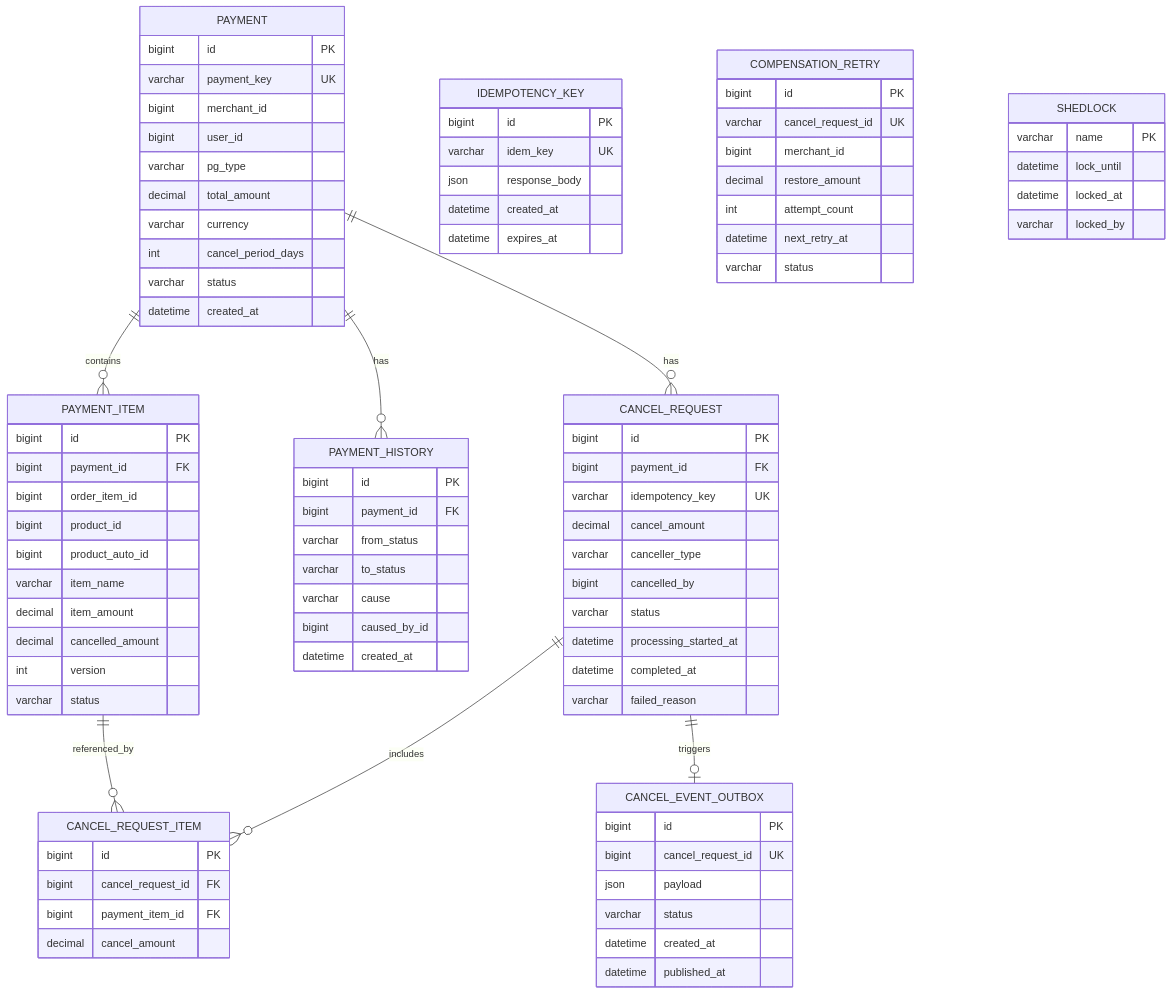
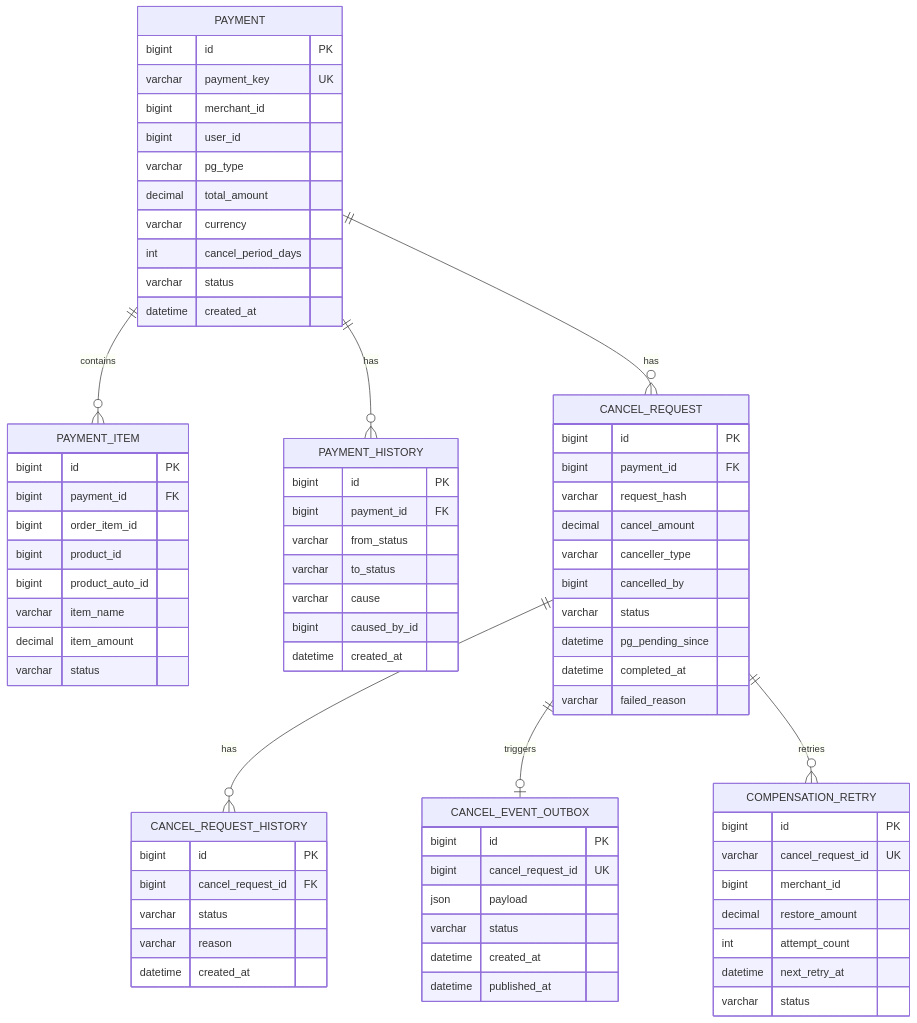
One commit to lsc713/docswithmulti changed the third of 7 diagrams in sysdesign/detail/data-design.md. Above: the diagram before and after it, drawn with Mermaid. The commit also changed other lines of this file and 2 other files, not shown here.

First line of the commit message:
docs: 결제 취소 플로우 및 데이터 설계 문서 수정

````diff
--- a/sysdesign/detail/data-design.md
+++ b/sysdesign/detail/data-design.md
@@ -120,9 +127,9 @@
   PAYMENT ||--o{ PAYMENT_ITEM : contains
   PAYMENT ||--o{ PAYMENT_HISTORY : has
   PAYMENT ||--o{ CANCEL_REQUEST : has
-  CANCEL_REQUEST ||--o{ CANCEL_REQUEST_ITEM : includes
+  CANCEL_REQUEST ||--o{ CANCEL_REQUEST_HISTORY : has
   CANCEL_REQUEST ||--o| CANCEL_EVENT_OUTBOX : triggers
-  PAYMENT_ITEM ||--o{ CANCEL_REQUEST_ITEM : referenced_by
+  CANCEL_REQUEST ||--o{ COMPENSATION_RETRY : retries
 
   PAYMENT {
     bigint id PK
@@ -144,8 +151,6 @@
     bigint product_auto_id
     varchar item_name
     decimal item_amount
-    decimal cancelled_amount
-    int version
     varchar status
   }
   PAYMENT_HISTORY {
@@ -160,20 +165,21 @@
   CANCEL_REQUEST {
     bigint id PK
     bigint payment_id FK
-    varchar idempotency_key UK
+    varchar request_hash
     decimal cancel_amount
     varchar canceller_type
     bigint cancelled_by
     varchar status
-    datetime processing_started_at
+    datetime pg_pending_since
     datetime completed_at
     varchar failed_reason
   }
-  CANCEL_REQUEST_ITEM {
+  CANCEL_REQUEST_HISTORY {
     bigint id PK
     bigint cancel_request_id FK
-    bigint payment_item_id FK
-    decimal cancel_amount
+    varchar status
+    varchar reason
+    datetime created_at
   }
   CANCEL_EVENT_OUTBOX {
     bigint id PK
@@ -182,13 +188,6 @@
     varchar status
     datetime created_at
     datetime published_at
-  }
-  IDEMPOTENCY_KEY {
-    bigint id PK
-    varchar idem_key UK
-    json response_body
-    datetime created_at
-    datetime expires_at
   }
   COMPENSATION_RETRY {
     bigint id PK
@@ -199,10 +198,4 @@
     datetime next_retry_at
     varchar status
   }
-  SHEDLOCK {
-    varchar name PK
-    datetime lock_until
-    datetime locked_at
-    varchar locked_by
-  }
 ```
````
